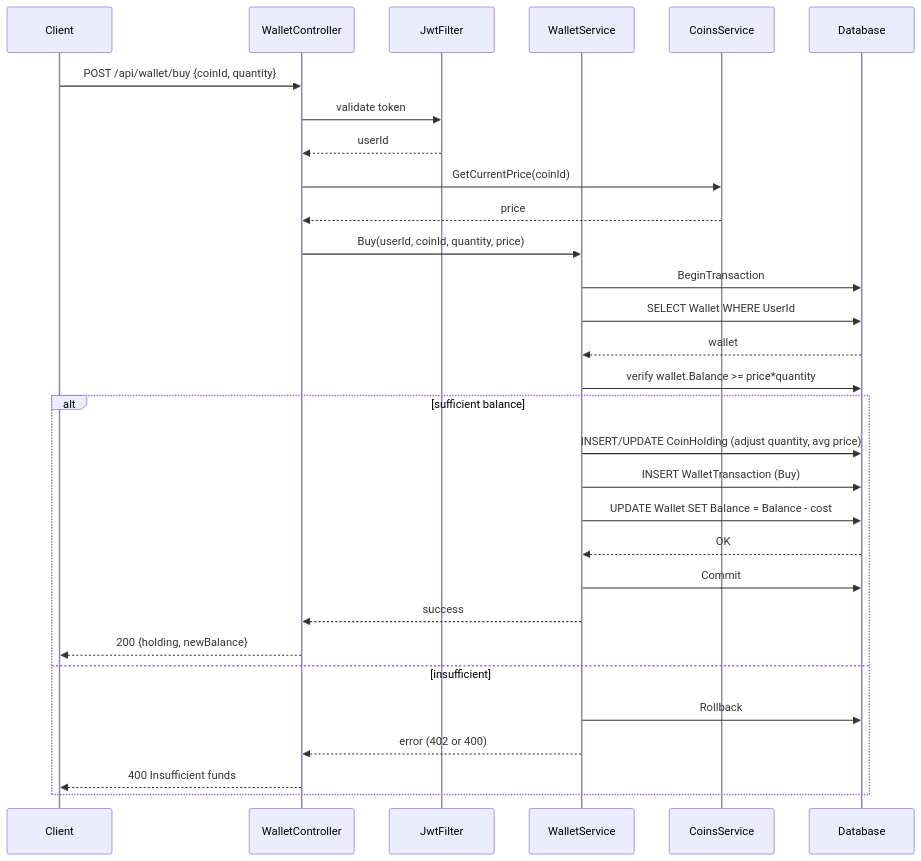
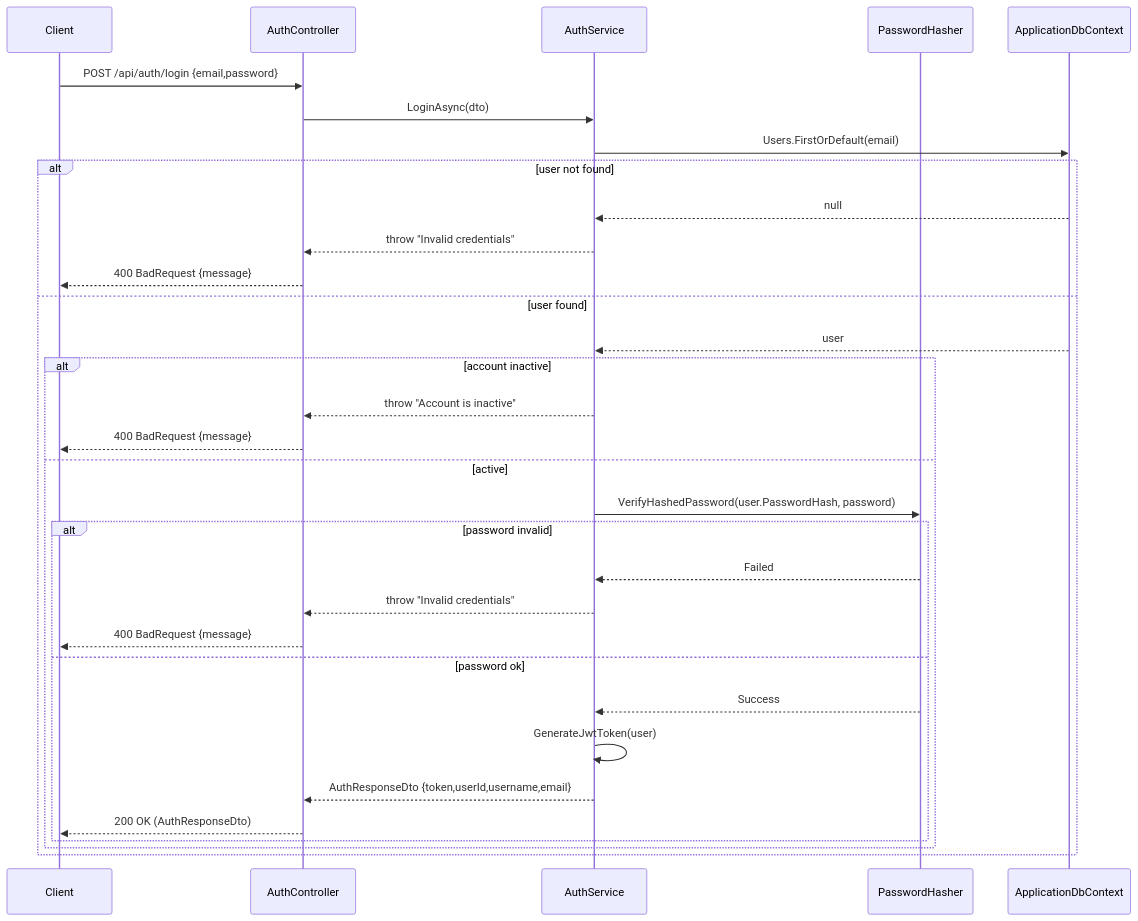
Before and after one commit to ihebKhodja/CoinUpBackend: the diagram in docs/sequences/login-diagramm.mmd, drawn with Mermaid. The commit also changed 9 other files, not shown here.

Commit message:
feat: Enhance API documentation with detailed sequence diagrams for alerts, wallet operations, and watchlist management

```diff
--- a/docs/sequences/login-diagramm.mmd
+++ b/docs/sequences/login-diagramm.mmd
@@ -1,31 +1,33 @@
 sequenceDiagram
     participant C as Client
-    participant API as WalletController
-    participant Auth as JwtFilter
-    participant WS as WalletService
-    participant Coin as CoinsService
-    participant DB as Database
+    participant API as AuthController
+    participant AS as AuthService
+    participant PH as PasswordHasher
+    participant DB as ApplicationDbContext
 
-    C->>API: POST /api/wallet/buy {coinId, quantity}
-    API->>Auth: validate token
-    Auth-->>API: userId
-    API->>Coin: GetCurrentPrice(coinId)
-    Coin-->>API: price
-    API->>WS: Buy(userId, coinId, quantity, price)
-    WS->>DB: BeginTransaction
-    WS->>DB: SELECT Wallet WHERE UserId
-    DB-->>WS: wallet
-    WS->>DB: verify wallet.Balance >= price*quantity
-    alt sufficient balance
-        WS->>DB: INSERT/UPDATE CoinHolding (adjust quantity, avg price)
-        WS->>DB: INSERT WalletTransaction (Buy)
-        WS->>DB: UPDATE Wallet SET Balance = Balance - cost
-        DB-->>WS: OK
-        WS->>DB: Commit
-        WS-->>API: success
-        API-->>C: 200 {holding, newBalance}
-    else insufficient
-        WS->>DB: Rollback
-        WS-->>API: error (402 or 400)
-        API-->>C: 400 Insufficient funds
+    C->>API: POST /api/auth/login {email,password}
+    API->>AS: LoginAsync(dto)
+    AS->>DB: Users.FirstOrDefault(email)
+    alt user not found
+        DB-->>AS: null
+        AS-->>API: throw "Invalid credentials"
+        API-->>C: 400 BadRequest {message}
+    else user found
+        DB-->>AS: user
+        alt account inactive
+            AS-->>API: throw "Account is inactive"
+            API-->>C: 400 BadRequest {message}
+        else active
+            AS->>PH: VerifyHashedPassword(user.PasswordHash, password)
+            alt password invalid
+                PH-->>AS: Failed
+                AS-->>API: throw "Invalid credentials"
+                API-->>C: 400 BadRequest {message}
+            else password ok
+                PH-->>AS: Success
+                AS->>AS: GenerateJwtToken(user)
+                AS-->>API: AuthResponseDto {token,userId,username,email}
+                API-->>C: 200 OK (AuthResponseDto)
+            end
+        end
     end
```
